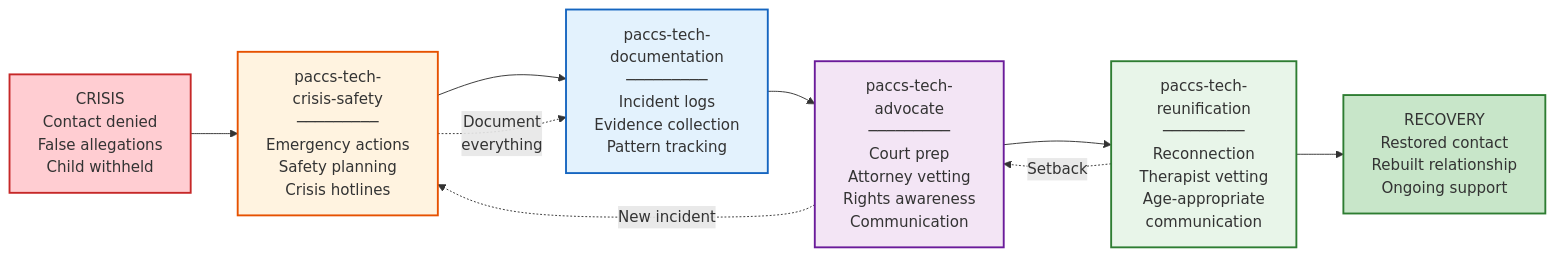
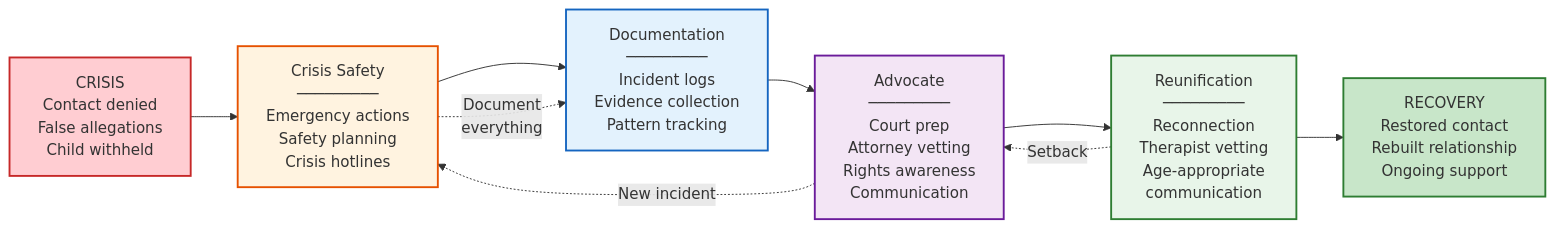
The second of 9 diagrams in README.md (dougdevitre/paccs), drawn with Mermaid before and after one commit. The commit also changed other lines of this file, not shown here.

First line of the commit message:
Update README mermaid diagrams and tables for new structure

````diff
--- a/README.md
+++ b/README.md
@@ -69,31 +78,31 @@
 ```mermaid
 flowchart LR
     Crisis["CRISIS<br/>Contact denied<br/>False allegations<br/>Child withheld"]
     
-    CS["paccs-tech-<br/>crisis-safety<br/>─────────<br/>Emergency actions<br/>Safety planning<br/>Crisis hotlines"]
+    CS["Crisis Safety<br/>─────────<br/>Emergency actions<br/>Safety planning<br/>Crisis hotlines"]
     
-    DOC["paccs-tech-<br/>documentation<br/>─────────<br/>Incident logs<br/>Evidence collection<br/>Pattern tracking"]
+    DOC["Documentation<br/>─────────<br/>Incident logs<br/>Evidence collection<br/>Pattern tracking"]
     
-    ADV["paccs-tech-<br/>advocate<br/>─────────<br/>Court prep<br/>Attorney vetting<br/>Rights awareness<br/>Communication"]
+    ADV["Advocate<br/>─────────<br/>Court prep<br/>Attorney vetting<br/>Rights awareness<br/>Communication"]
     
-    RUN["paccs-tech-<br/>reunification<br/>─────────<br/>Reconnection<br/>Therapist vetting<br/>Age-appropriate<br/>communication"]
+    RUN["Reunification<br/>─────────<br/>Reconnection<br/>Therapist vetting<br/>Age-appropriate<br/>communication"]
     
     Recovery["RECOVERY<br/>Restored contact<br/>Rebuilt relationship<br/>Ongoing support"]
     
     Crisis --> CS
     CS --> DOC
     DOC --> ADV
     ADV --> RUN
     RUN --> Recovery
     
     CS -.->|"Document<br/>everything"| DOC
     ADV -.->|"New incident"| CS
     RUN -.->|"Setback"| ADV
 
     style Crisis fill:#ffcdd2,stroke:#c62828,stroke-width:2px
     style Recovery fill:#c8e6c9,stroke:#2e7d32,stroke-width:2px
     style CS fill:#fff3e0,stroke:#e65100,stroke-width:2px
     style DOC fill:#e3f2fd,stroke:#1565c0,stroke-width:2px
     style ADV fill:#f3e5f5,stroke:#6a1b9a,stroke-width:2px
     style RUN fill:#e8f5e9,stroke:#2e7d32,stroke-width:2px
 ```
````
